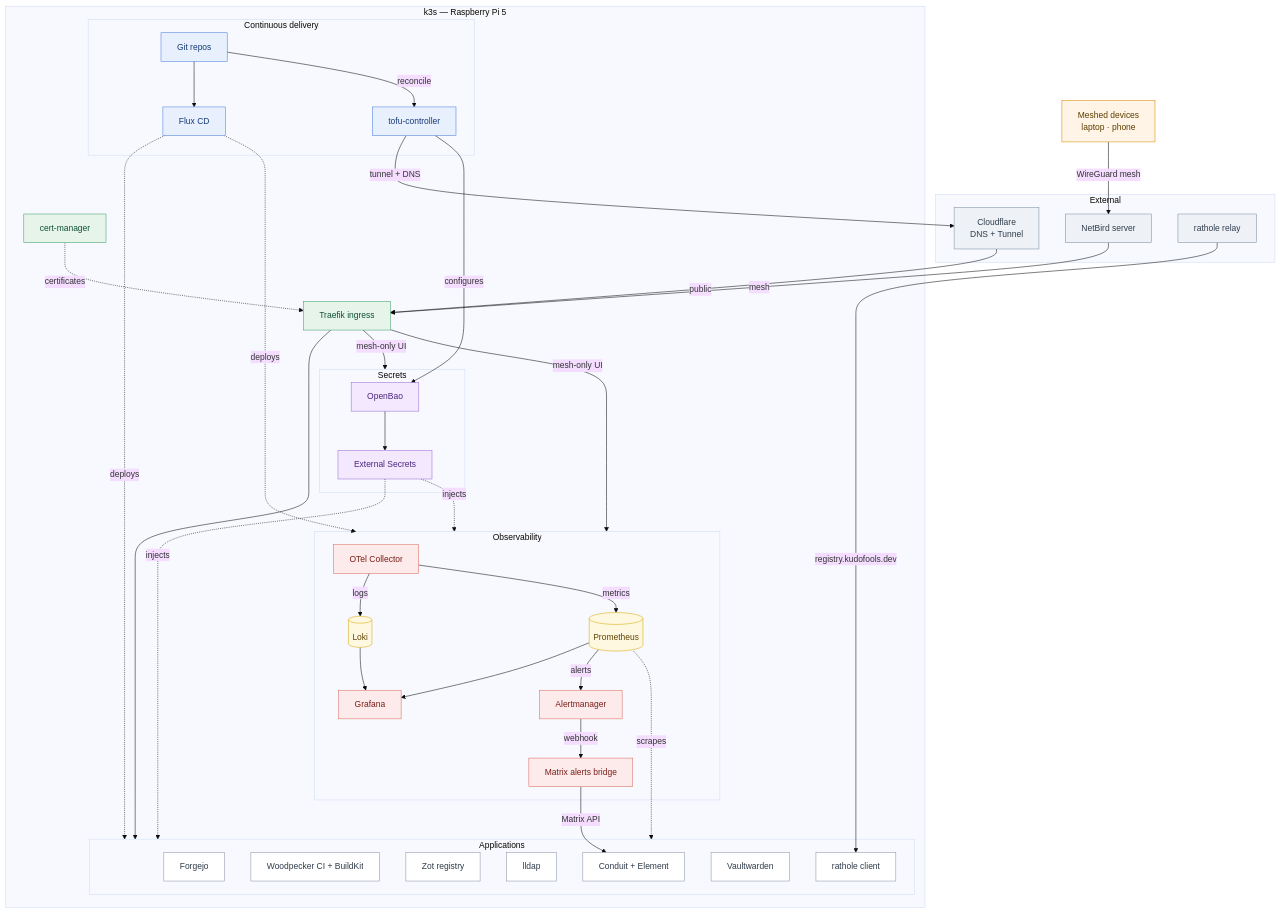
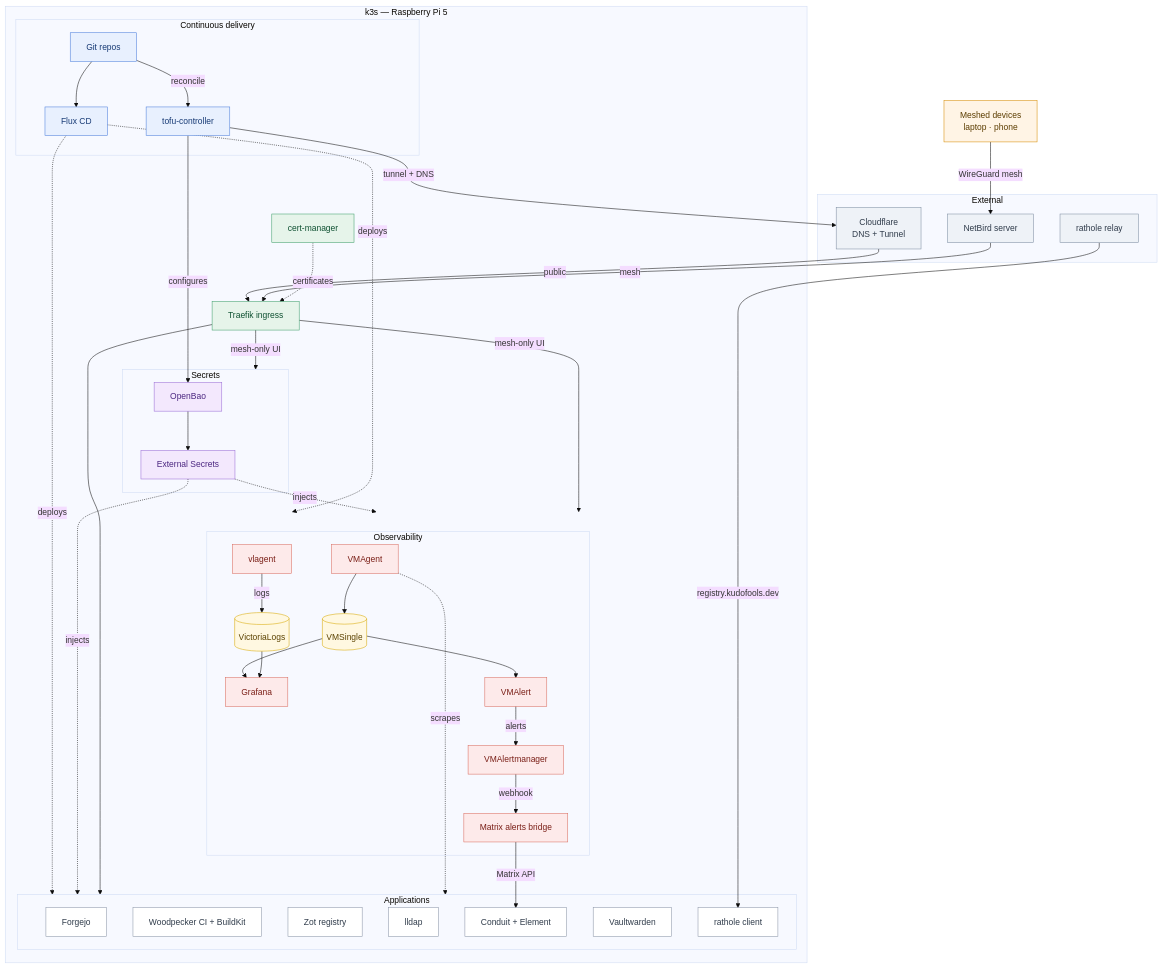
Before and after one commit to izayoilv/kudofools-infra: the diagram in README.md, drawn with Mermaid (base theme). The commit also changed other lines of this file and 3 other files, not shown here.

First line of the commit message:
docs: update all docs for the victoria metrics and victorialogs stack

````diff
--- a/README.md
+++ b/README.md
@@ -38,11 +38,13 @@
         end
 
         subgraph OBS["Observability"]
-            OTEL["OTel Collector"]
-            LOKI[("Loki")]
-            PROM[("Prometheus")]
+            AGENT["VMAgent"]
+            SINGLE[("VMSingle")]
+            LAGENT["vlagent"]
+            LOGS[("VictoriaLogs")]
             GRAF["Grafana"]
-            AM["Alertmanager"]
+            RULER["VMAlert"]
+            AM["VMAlertmanager"]
             MAR["Matrix alerts bridge"]
         end
     end
@@ -66,12 +68,13 @@
     TR -->|mesh-only UI| SEC
     TR -->|mesh-only UI| OBS
 
-    OTEL -->|logs| LOKI
-    OTEL -->|metrics| PROM
-    PROM -.->|scrapes| APPS
-    PROM --> GRAF
-    LOKI --> GRAF
-    PROM -->|alerts| AM
+    AGENT -.->|scrapes| APPS
+    AGENT --> SINGLE
+    LAGENT -->|logs| LOGS
+    SINGLE --> GRAF
+    LOGS --> GRAF
+    SINGLE --> RULER
+    RULER -->|alerts| AM
     AM -->|webhook| MAR
     MAR -->|Matrix API| MX
 
@@ -90,6 +93,6 @@
     class OB,ESO secret
     class TLS,TR platform
     class FJ,WP,ZOT,LL,MX,VW,RC app
-    class OTEL,GRAF,AM,MAR obs
-    class LOKI,PROM store
+    class AGENT,LAGENT,GRAF,RULER,AM,MAR obs
+    class SINGLE,LOGS store
 ```
````
